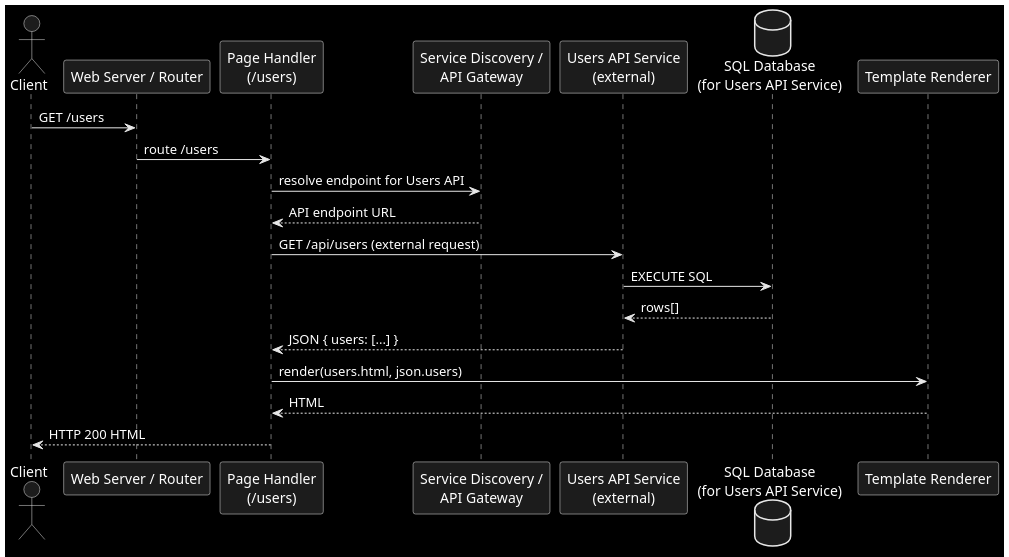
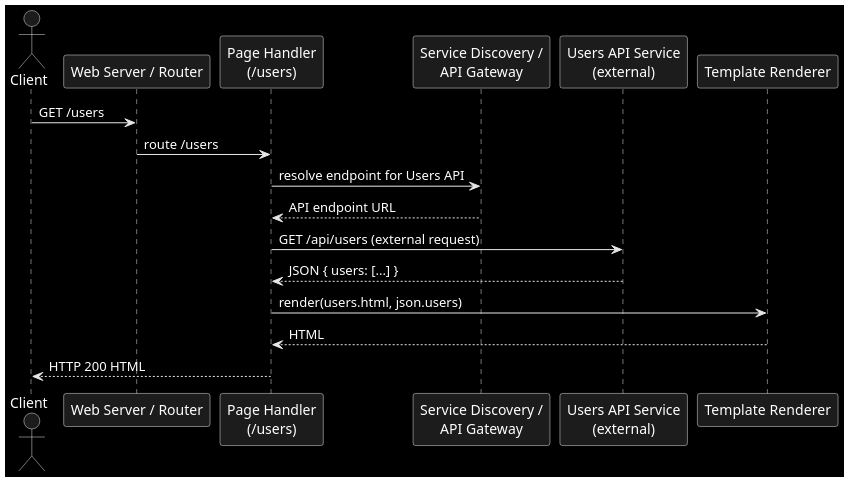
Before and after one commit to titpetric/etl: the diagram in docs/diagrams/webdev-api.puml, drawn with PlantUML. The commit also changed 2 other files, not shown here.

```diff
--- a/docs/diagrams/webdev-api.puml
+++ b/docs/diagrams/webdev-api.puml
@@ -1,27 +1,24 @@
 @startuml
 skinparam monochrome reverse
 
 actor Client
 participant "Web Server / Router" as WebServer
 participant "Page Handler\n(/users)" as PageHandler
 participant "Service Discovery /\nAPI Gateway" as Discovery
 participant "Users API Service\n(external)" as UsersAPI
-database "SQL Database\n(for Users API Service)" as Database
 participant "Template Renderer" as Renderer
 
 Client -> WebServer : GET /users
 WebServer -> PageHandler : route /users
 
 PageHandler -> Discovery : resolve endpoint for Users API
 Discovery --> PageHandler : API endpoint URL
 
 PageHandler -> UsersAPI : GET /api/users (external request)
-UsersAPI -> Database : EXECUTE SQL
-Database --> UsersAPI : rows[]
 UsersAPI --> PageHandler : JSON { users: [...] }
 
 PageHandler -> Renderer : render(users.html, json.users)
 Renderer --> PageHandler : HTML
 PageHandler --> Client : HTTP 200 HTML
 
 @enduml
```
